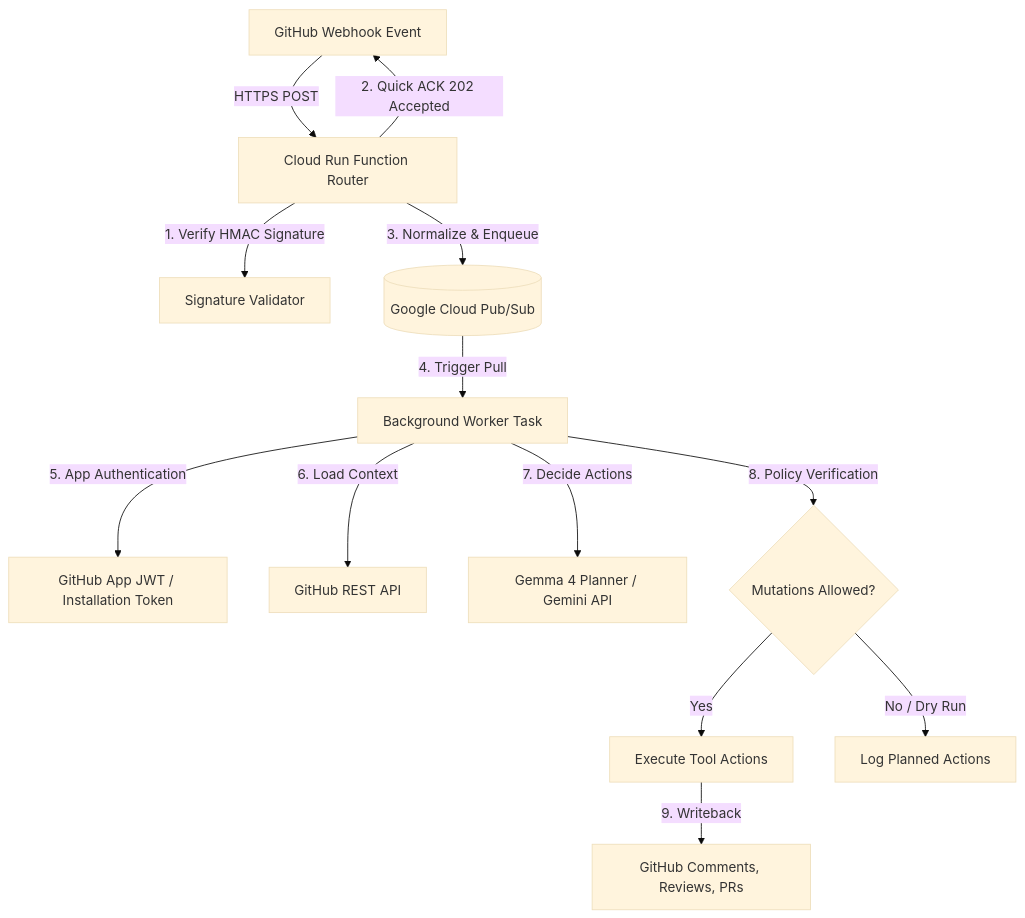
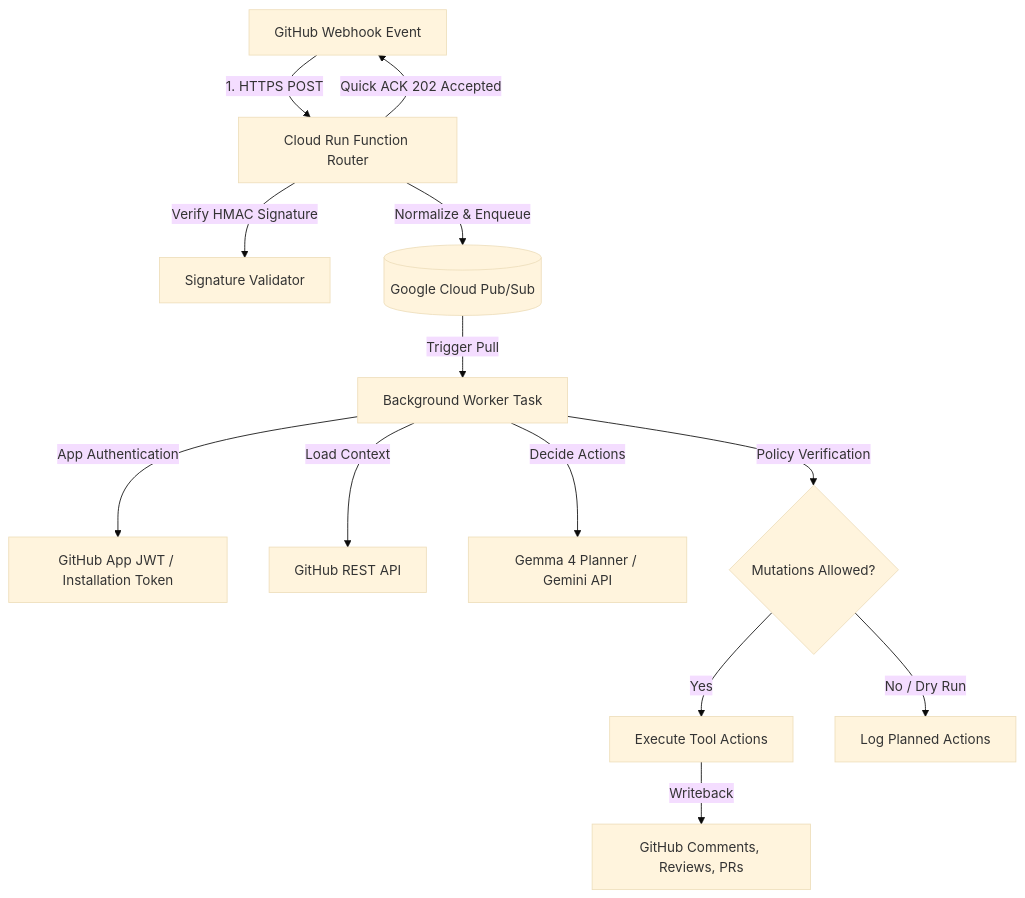
Before and after one commit to cgj8702-org/hannibal-hub-agents: the diagram in README.md, drawn with Mermaid (base theme).

Commit message:
docs(readme): fix mermaid syntax by quoting labels containing special characters

````diff
--- a/README.md
+++ b/README.md
@@ -11,17 +11,17 @@
 ```mermaid
 flowchart TD
-    GH[GitHub Webhook Event] -->|HTTPS POST| Router[Cloud Run Function Router]
-    Router -->|1. Verify HMAC Signature| Auth[Signature Validator]
-    Router -->|2. Quick ACK 202 Accepted| GH
-    Router -->|3. Normalize & Enqueue| Queue[(Google Cloud Pub/Sub)]
+    GH["GitHub Webhook Event"] -->|"1. HTTPS POST"| Router["Cloud Run Function Router"]
+    Router -->|"Verify HMAC Signature"| Auth["Signature Validator"]
+    Router -->|"Quick ACK 202 Accepted"| GH
+    Router -->|"Normalize & Enqueue"| Queue[("Google Cloud Pub/Sub")]
     
-    Queue -->|4. Trigger Pull| Worker[Background Worker Task]
-    Worker -->|5. App Authentication| Creds[GitHub App JWT / Installation Token]
-    Worker -->|6. Load Context| GH_API[GitHub REST API]
-    Worker -->|7. Decide Actions| Gemma[Gemma 4 Planner / Gemini API]
-    Worker -->|8. Policy Verification| Policy{Mutations Allowed?}
-    Policy -->|Yes| Exec[Execute Tool Actions]
-    Policy -->|No / Dry Run| Log[Log Planned Actions]
+    Queue -->|"Trigger Pull"| Worker["Background Worker Task"]
+    Worker -->|"App Authentication"| Creds["GitHub App JWT / Installation Token"]
+    Worker -->|"Load Context"| GH_API["GitHub REST API"]
+    Worker -->|"Decide Actions"| Gemma["Gemma 4 Planner / Gemini API"]
+    Worker -->|"Policy Verification"| Policy{"Mutations Allowed?"}
+    Policy -->|"Yes"| Exec["Execute Tool Actions"]
+    Policy -->|"No / Dry Run"| Log["Log Planned Actions"]
     
-    Exec -->|9. Writeback| GH_Write[GitHub Comments, Reviews, PRs]
+    Exec -->|"Writeback"| GH_Write["GitHub Comments, Reviews, PRs"]
 ```
````
